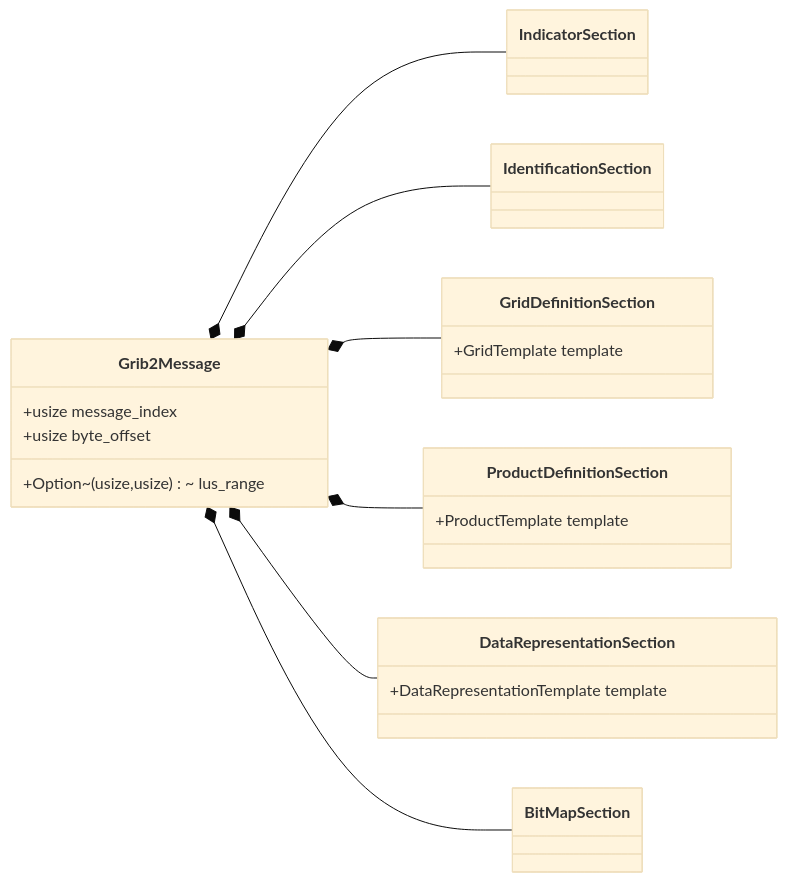
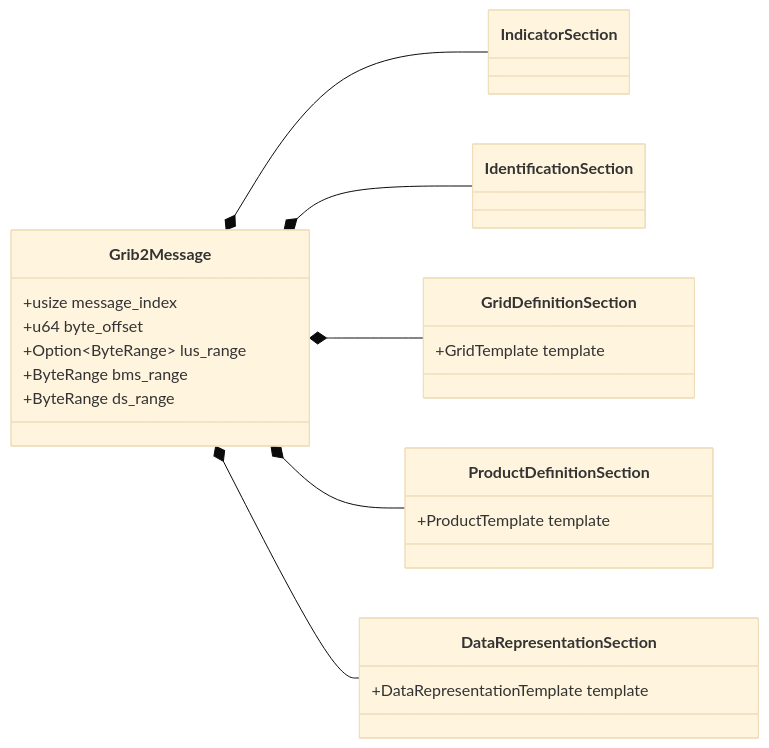
One commit to D0ubleD0uble/fieldglass changed the first of 6 diagrams in docs/architecture/03-composition.md. Above: the diagram before and after it, drawn with Mermaid (base theme). The commit also changed other lines of this file and 28 other files, not shown here.

````diff
--- a/docs/architecture/03-composition.md
+++ b/docs/architecture/03-composition.md
@@ -14,19 +14,20 @@
 ```mermaid
 classDiagram
     direction LR
     class Grib2Message {
         +usize message_index
-        +usize byte_offset
-        +Option~(usize,usize)~ lus_range
+        +u64 byte_offset
+        +Option~ByteRange~ lus_range
+        +ByteRange bms_range
+        +ByteRange ds_range
     }
     class GridDefinitionSection { +GridTemplate template }
     class ProductDefinitionSection { +ProductTemplate template }
     class DataRepresentationSection { +DataRepresentationTemplate template }
 
     Grib2Message *-- IndicatorSection
     Grib2Message *-- IdentificationSection
     Grib2Message *-- GridDefinitionSection
     Grib2Message *-- ProductDefinitionSection
     Grib2Message *-- DataRepresentationSection
-    Grib2Message *-- BitMapSection
 ```
````
